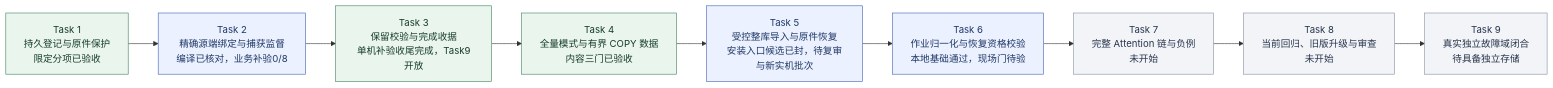
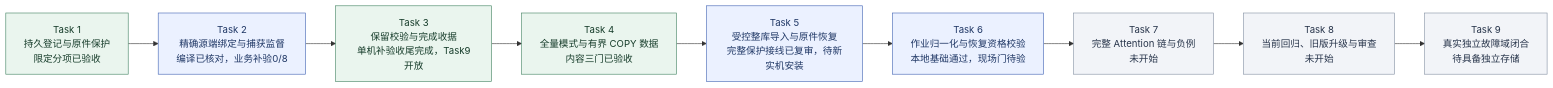
One commit to MansurnamedZhang/learning-system-p0c4 changed the second of 9 diagrams in docs/KnowWeave实施路线与系统架构.md. Above: the diagram before and after it, drawn with Mermaid. The commit also changed other lines of this file and 3 other files, not shown here.

````diff
--- a/docs/KnowWeave实施路线与系统架构.md
+++ b/docs/KnowWeave实施路线与系统架构.md
@@ -72,26 +72,26 @@
 ```mermaid
 flowchart LR
     C4T1["Task 1<br/>持久登记与原件保护<br/>限定分项已验收"]
     C4T2["Task 2<br/>精确源端绑定与捕获监督<br/>编译已核对，业务补验0/8"]
     C4T3["Task 3<br/>保留校验与完成收据<br/>单机补验收尾完成，Task9开放"]
     C4T4["Task 4<br/>全量模式与有界 COPY 数据<br/>内容三门已验收"]
-    C4T5["Task 5<br/>受控整库导入与原件恢复<br/>安装入口候选已封，待复审与新实机批次"]
+    C4T5["Task 5<br/>受控整库导入与原件恢复<br/>完整保护接线已复审，待新实机安装"]
     C4T6["Task 6<br/>作业归一化与恢复资格校验<br/>本地基础通过，现场门待验"]
     C4T7["Task 7<br/>完整 Attention 链与负例<br/>未开始"]
     C4T8["Task 8<br/>当前回归、旧版升级与审查<br/>未开始"]
     C4T9["Task 9<br/>真实独立故障域闭合<br/>待具备独立存储"]
     C4T1 --> C4T2
     C4T2 --> C4T3
     C4T3 --> C4T4
     C4T4 --> C4T5
     C4T5 --> C4T6
     C4T6 --> C4T7
     C4T7 --> C4T8
     C4T8 --> C4T9
     class C4T1,C4T3,C4T4 done
     class C4T2,C4T5,C4T6 next
     class C4T7,C4T8,C4T9 planned
     classDef done fill:#eaf5ee,stroke:#438363,color:#173d2b
     classDef next fill:#ebf1ff,stroke:#4365b4,color:#203866
     classDef planned fill:#f2f4f8,stroke:#8591a3,color:#28354b
 ```
````
